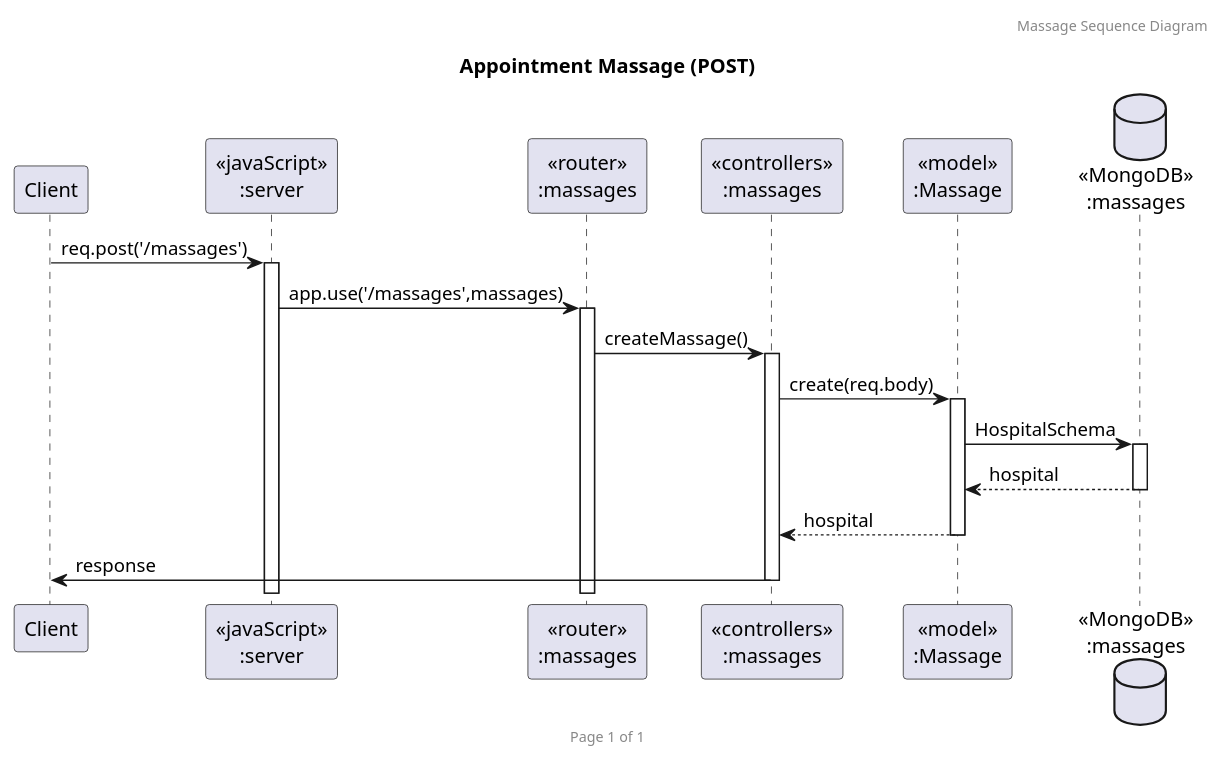
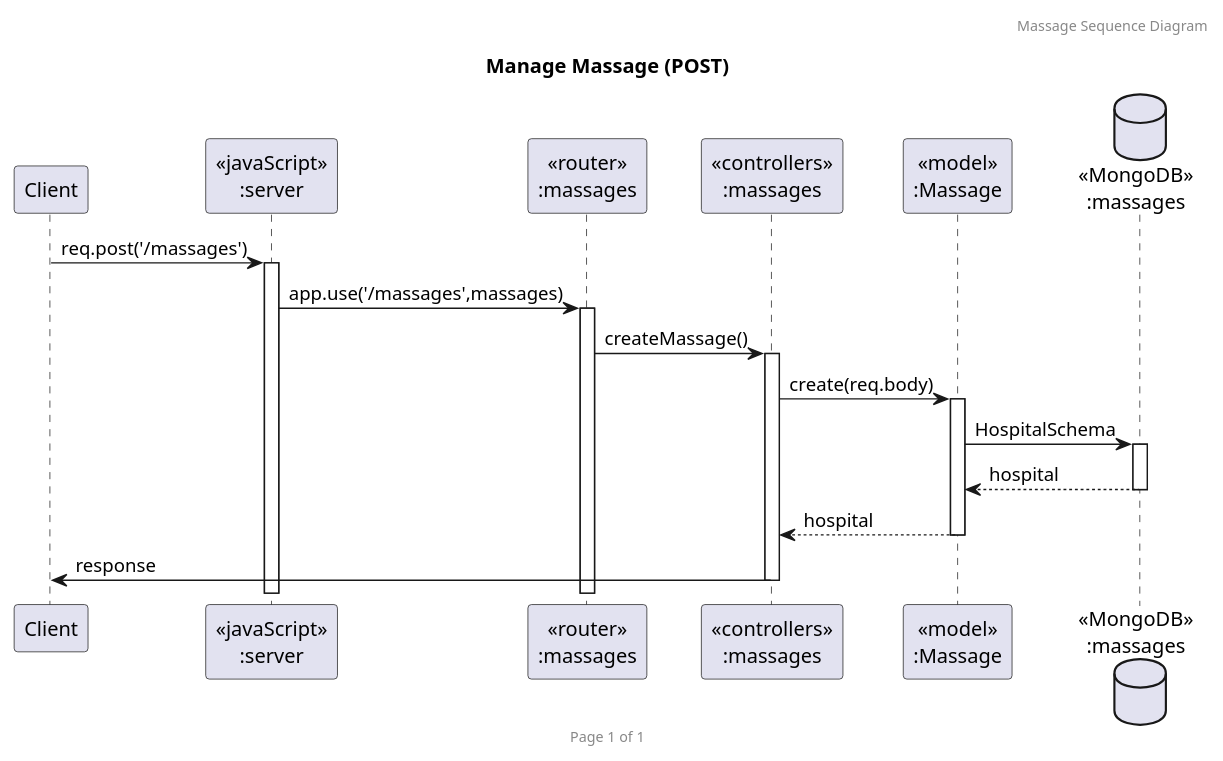
The diagram in PlantUml/post.puml (2110503TACEDT66/presentation-day-1-samsaomidnight), drawn with PlantUML before and after one commit. The commit also changed 4 other files, not shown here.

Commit message:
Massage  UML already done ver1.0

```diff
--- a/PlantUml/post.puml
+++ b/PlantUml/post.puml
@@ -1,23 +1,23 @@
-@startuml Appointment Massage (POST)
+@startuml Manage Massage (POST)
 
 header Massage Sequence Diagram
 footer Page %page% of %lastpage%
-title "Appointment Massage (POST)"
+title "Manage Massage (POST)"
 
 participant "Client" as client
 participant "<<javaScript>>\n:server" as server
 participant "<<router>>\n:massages" as routerMassages
 participant "<<controllers>>\n:massages" as controllersMassages
 participant "<<model>>\n:Massage" as modelMassage
 database "<<MongoDB>>\n:massages" as MassagesDatabase
 
 client->server ++:req.post('/massages')
 server->routerMassages ++:app.use('/massages',massages)
 routerMassages  -> controllersMassages ++:createMassage()
 controllersMassages-> modelMassage ++:create(req.body)
 modelMassage ->MassagesDatabase++: HospitalSchema
 MassagesDatabase -->  modelMassage--: hospital
 controllersMassages <-- modelMassage --:hospital
 controllersMassages->client --:response
 
 @enduml
```
